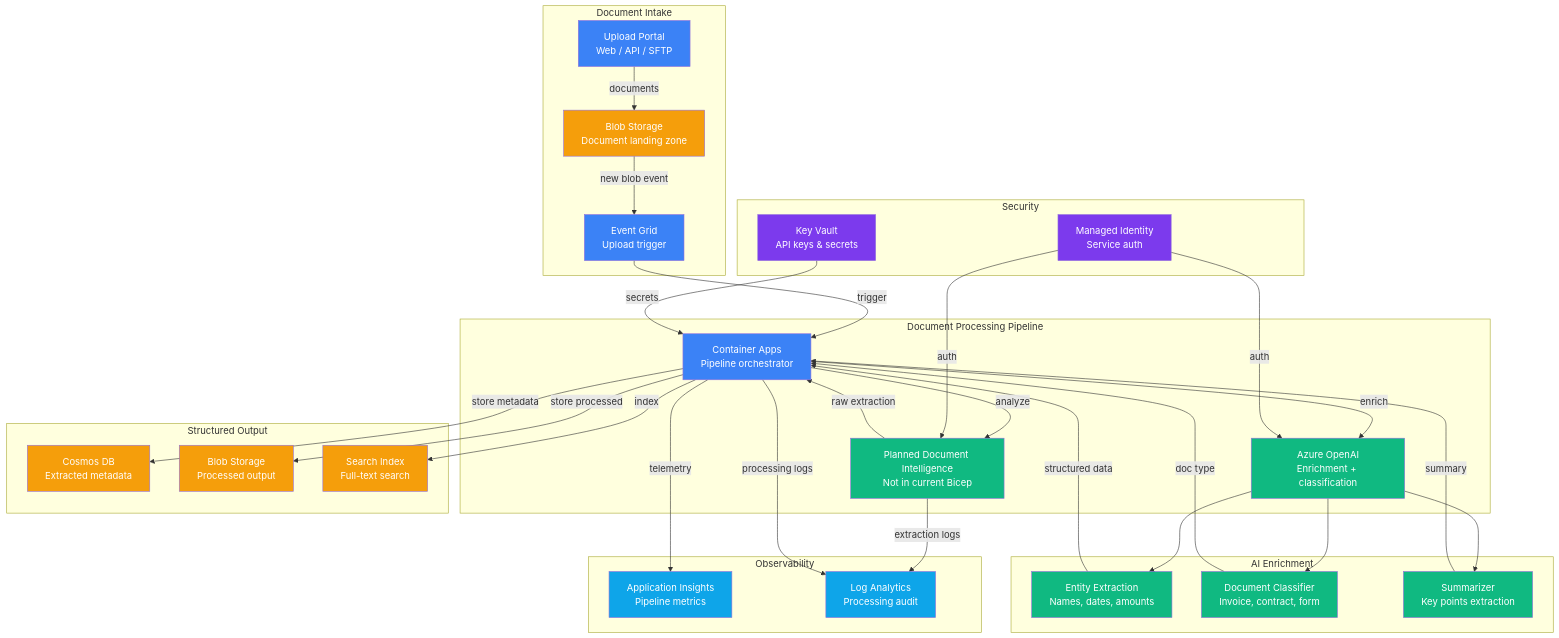
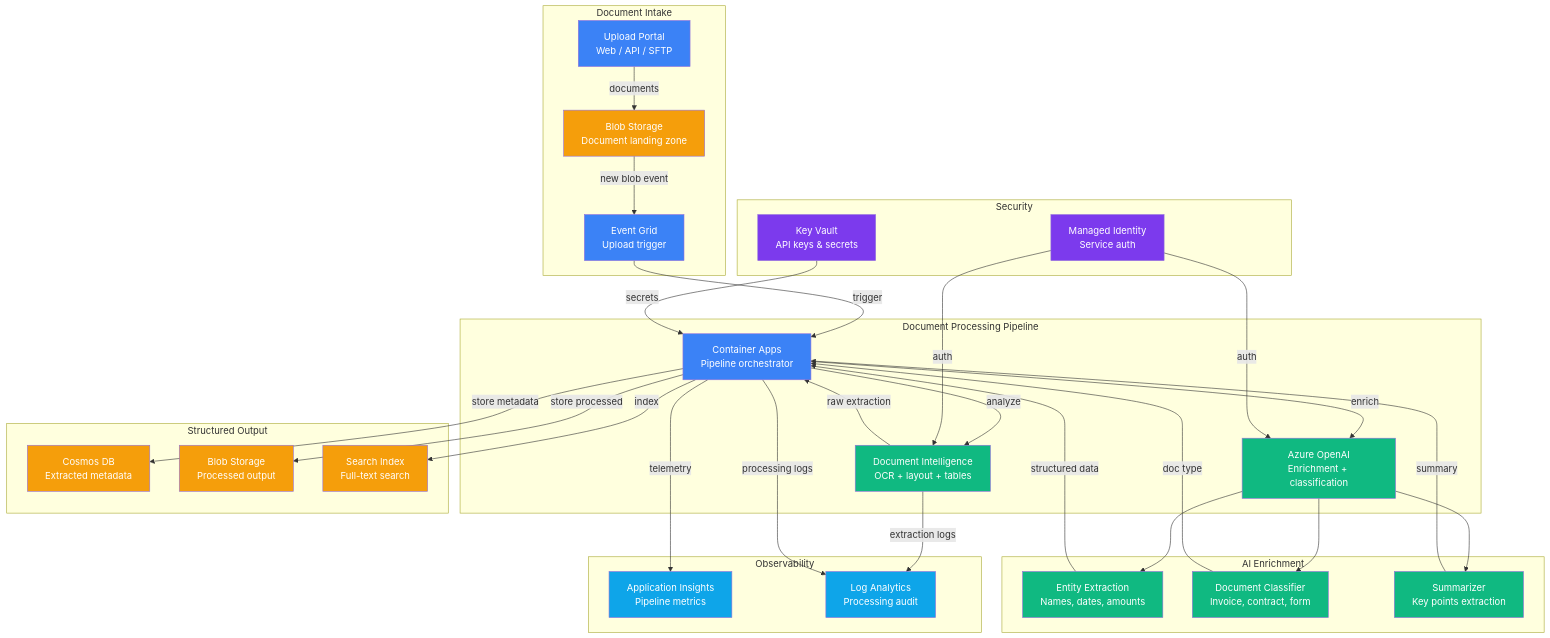
One commit to frootai/frootai changed the diagram in solution-plays/06-document-intelligence/architecture.md. Above: the diagram before and after it, drawn with Mermaid. The commit also changed other lines of this file and 108 other files, not shown here.

````diff
--- a/solution-plays/06-document-intelligence/architecture.md
+++ b/solution-plays/06-document-intelligence/architecture.md
@@ -9,75 +9,75 @@
 ```mermaid
 graph TB
     subgraph Ingest["Document Intake"]
         UPLOAD[Upload Portal<br/>Web / API / SFTP]
         BLOB[Blob Storage<br/>Document landing zone]
         EG[Event Grid<br/>Upload trigger]
     end
 
     subgraph Processing["Document Processing Pipeline"]
         ORCH[Container Apps<br/>Pipeline orchestrator]
-        DI[Planned Document Intelligence<br/>Not in current Bicep]
+        DI[Document Intelligence<br/>OCR + layout + tables]
         AOAI[Azure OpenAI<br/>Enrichment + classification]
     end
 
     subgraph Enrichment["AI Enrichment"]
         ENTITY[Entity Extraction<br/>Names, dates, amounts]
         CLASSIFY[Document Classifier<br/>Invoice, contract, form]
         SUMMARY[Summarizer<br/>Key points extraction]
     end
 
     subgraph Output["Structured Output"]
         COSMOS[Cosmos DB<br/>Extracted metadata]
         OUTBLOB[Blob Storage<br/>Processed output]
         INDEX[Search Index<br/>Full-text search]
     end
 
     subgraph Security["Security"]
         KV[Key Vault<br/>API keys & secrets]
         MI[Managed Identity<br/>Service auth]
     end
 
     subgraph Monitoring["Observability"]
         AI_INS[Application Insights<br/>Pipeline metrics]
         LA[Log Analytics<br/>Processing audit]
     end
 
     UPLOAD -->|documents| BLOB
     BLOB -->|new blob event| EG
     EG -->|trigger| ORCH
     ORCH -->|analyze| DI
     DI -->|raw extraction| ORCH
     ORCH -->|enrich| AOAI
     AOAI --> ENTITY
     AOAI --> CLASSIFY
     AOAI --> SUMMARY
     ENTITY -->|structured data| ORCH
     CLASSIFY -->|doc type| ORCH
     SUMMARY -->|summary| ORCH
     ORCH -->|store metadata| COSMOS
     ORCH -->|store processed| OUTBLOB
     ORCH -->|index| INDEX
     MI -->|auth| DI
     MI -->|auth| AOAI
     KV -->|secrets| ORCH
     ORCH -->|telemetry| AI_INS
     DI -->|extraction logs| LA
     ORCH -->|processing logs| LA
 
     style UPLOAD fill:#3b82f6,color:#fff
     style BLOB fill:#f59e0b,color:#fff
     style EG fill:#3b82f6,color:#fff
     style ORCH fill:#3b82f6,color:#fff
     style DI fill:#10b981,color:#fff
     style AOAI fill:#10b981,color:#fff
     style ENTITY fill:#10b981,color:#fff
     style CLASSIFY fill:#10b981,color:#fff
     style SUMMARY fill:#10b981,color:#fff
     style COSMOS fill:#f59e0b,color:#fff
     style OUTBLOB fill:#f59e0b,color:#fff
     style INDEX fill:#f59e0b,color:#fff
     style KV fill:#7c3aed,color:#fff
     style MI fill:#7c3aed,color:#fff
     style AI_INS fill:#0ea5e9,color:#fff
     style LA fill:#0ea5e9,color:#fff
 ```
````
